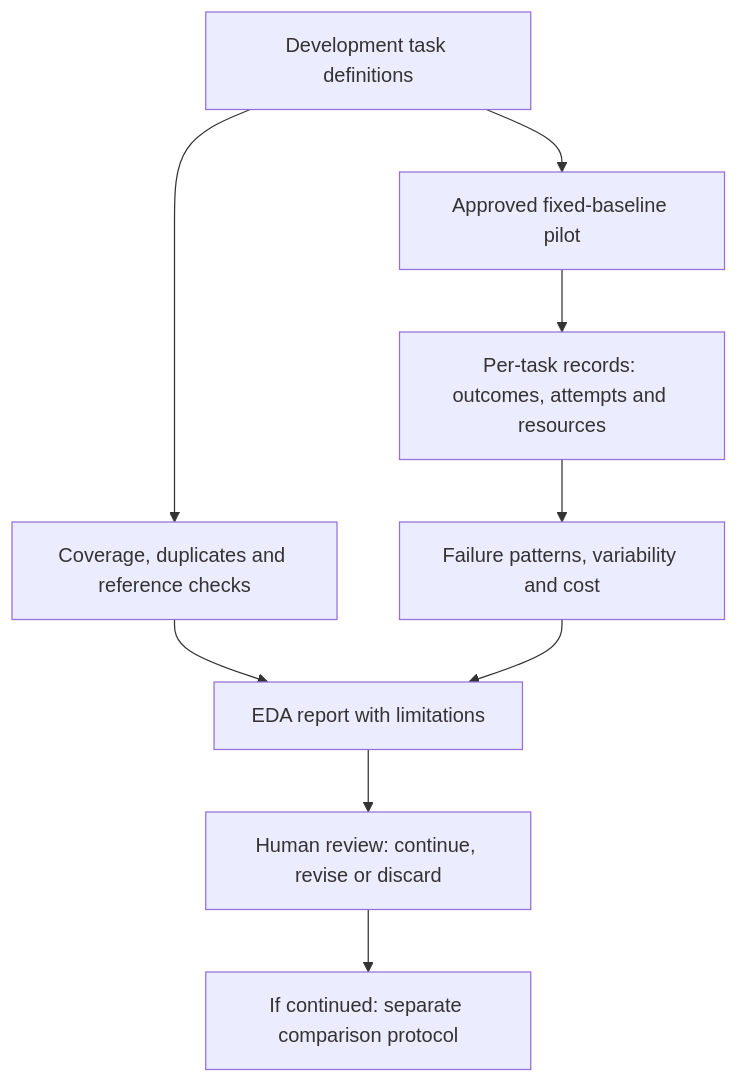
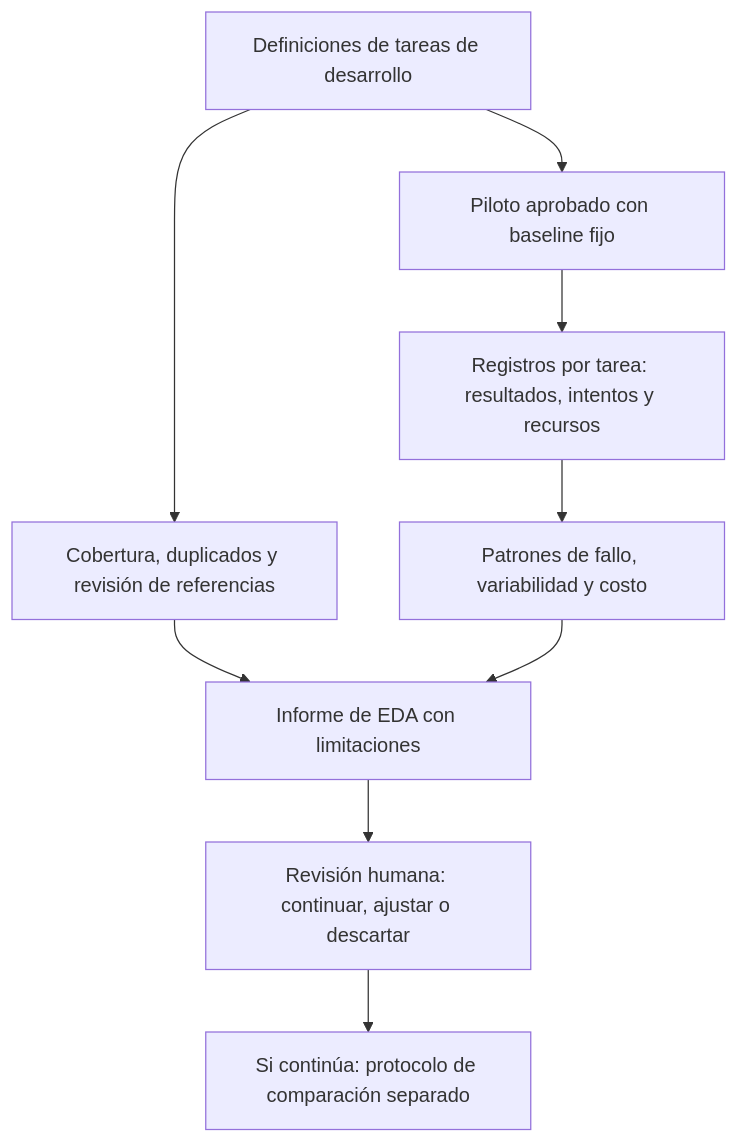
One commit to jairzinhosantos/thinking-harness changed the second of 2 diagrams in research/cases/case-0001-code-repair-harness/scenarios.md. Above: the diagram before and after it, drawn with Mermaid. The commit also changed other lines of this file and 56 other files, not shown here.

````diff
--- a/research/cases/case-0001-code-repair-harness/scenarios.md
+++ b/research/cases/case-0001-code-repair-harness/scenarios.md
@@ -108,11 +109,11 @@
 ```mermaid
 flowchart TD
-    T[Development task definitions] --> C[Coverage, duplicates and reference checks]
-    T --> B[Approved fixed-baseline pilot]
-    B --> R[Per-task records: outcomes, attempts and resources]
-    R --> A[Failure patterns, variability and cost]
-    C --> D[EDA report with limitations]
+    T[Definiciones de tareas de desarrollo] --> C[Cobertura, duplicados y revisión de referencias]
+    T --> B[Piloto aprobado con baseline fijo]
+    B --> R[Registros por tarea: resultados, intentos y recursos]
+    R --> A[Patrones de fallo, variabilidad y costo]
+    C --> D[Informe de EDA con limitaciones]
     A --> D
-    D --> H[Human review: continue, revise or discard]
-    H --> P[If continued: separate comparison protocol]
+    D --> H[Revisión humana: continuar, ajustar o descartar]
+    H --> P[Si continúa: protocolo de comparación separado]
 ```
````
